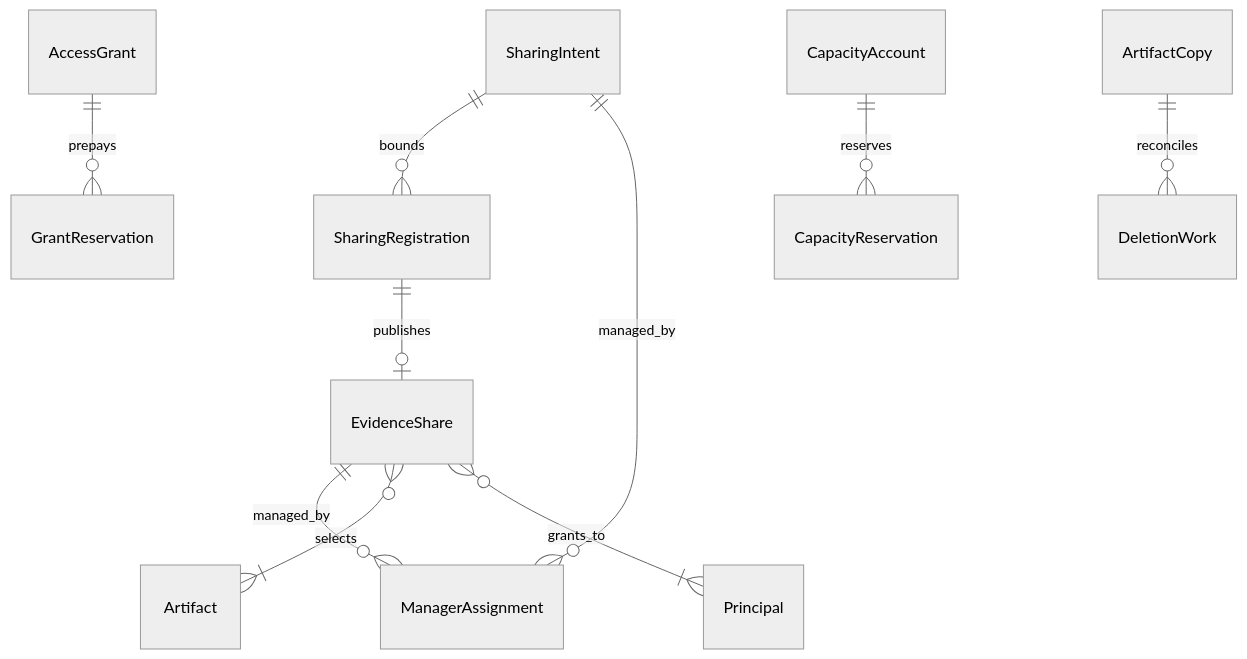
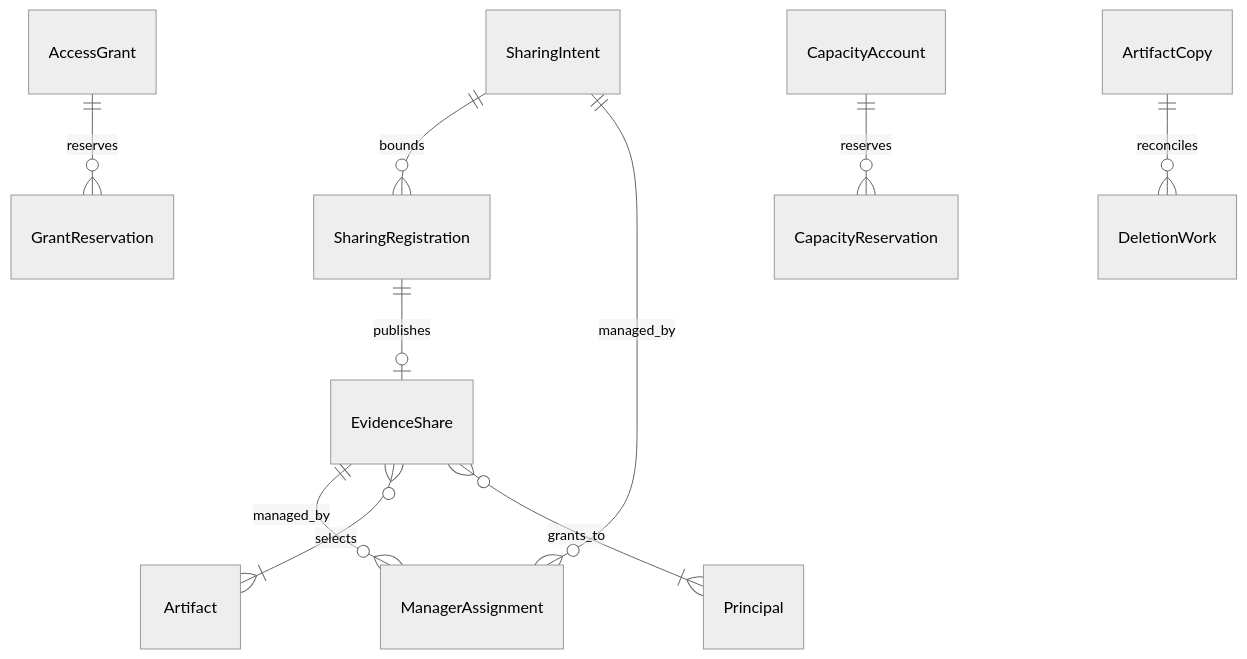
The second of 3 diagrams in docs/domain/README.md (phihos/asservat), drawn with Mermaid (neutral theme) before and after one commit. The commit also changed other lines of this file and 590 other files, not shown here.

````diff
--- a/docs/domain/README.md
+++ b/docs/domain/README.md
@@ -55,12 +55,12 @@
 ```mermaid
 erDiagram
   SharingIntent ||--o{ SharingRegistration : bounds
   SharingRegistration ||--o| EvidenceShare : publishes
   SharingIntent ||--o{ ManagerAssignment : managed_by
   EvidenceShare ||--o{ ManagerAssignment : managed_by
   EvidenceShare }o--|{ Artifact : selects
   EvidenceShare }o--|{ Principal : grants_to
-  AccessGrant ||--o{ GrantReservation : prepays
+  AccessGrant ||--o{ GrantReservation : reserves
   CapacityAccount ||--o{ CapacityReservation : reserves
   ArtifactCopy ||--o{ DeletionWork : reconciles
 ```
````
